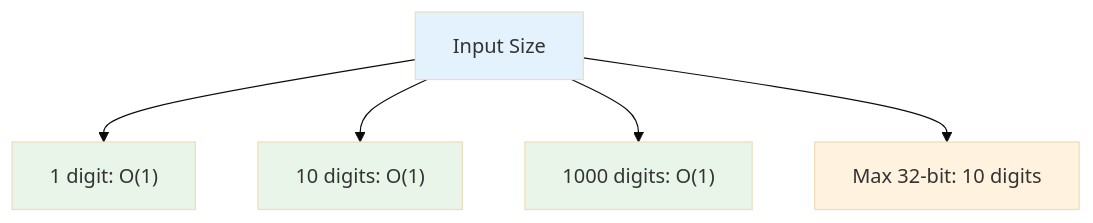
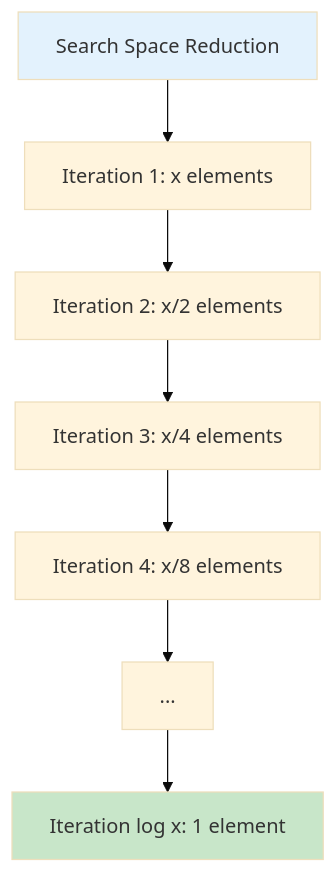
One commit to LuckyLongre123/README_RUNNER changed diagram 13 of 14 in README.md. Above: the diagram before and after it, drawn with Mermaid (base theme). The commit also changed other lines of this file, not shown here.

````diff
--- a/README.md
+++ b/README.md
@@ -350,13 +408,12 @@
 ```mermaid
-graph TD
-    A["Input Size"] --> B["1 digit: O(1)"]
-    A --> C["10 digits: O(1)"]
-    A --> D["1000 digits: O(1)"]
-    A --> E["Max 32-bit: 10 digits"]
+flowchart TD
+    A[Search Space Reduction] --> B[Iteration 1: x elements]
+    B --> C[Iteration 2: x/2 elements]
+    C --> D[Iteration 3: x/4 elements]
+    D --> E[Iteration 4: x/8 elements]
+    E --> F[...]
+    F --> G[Iteration log x: 1 element]
     
     style A fill:#e3f2fd
-    style B fill:#e8f5e8
-    style C fill:#e8f5e8
-    style D fill:#e8f5e8
-    style E fill:#fff3e0
+    style G fill:#c8e6c9
 ```
````
